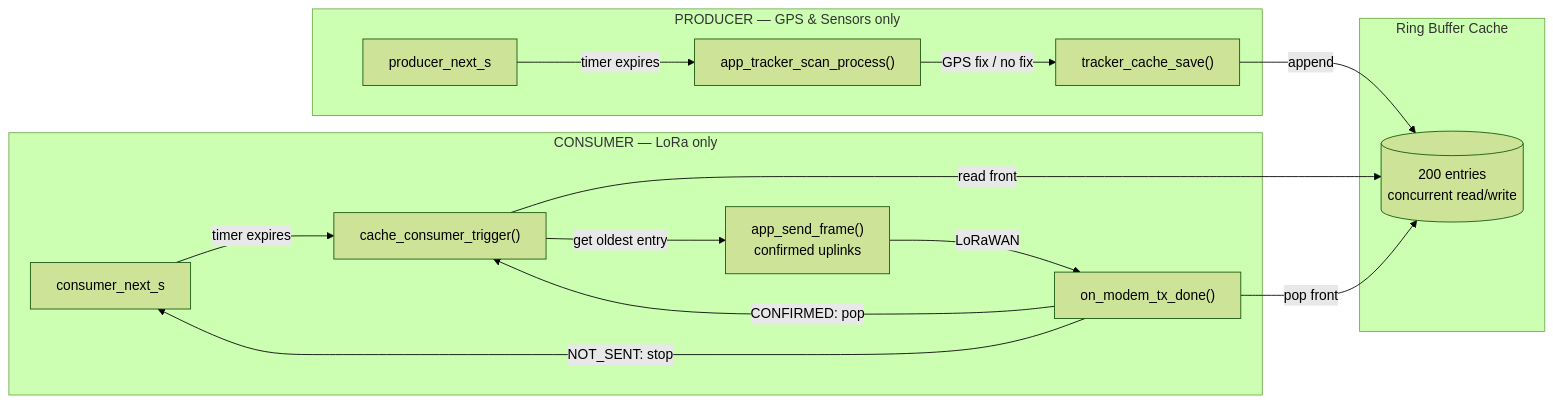
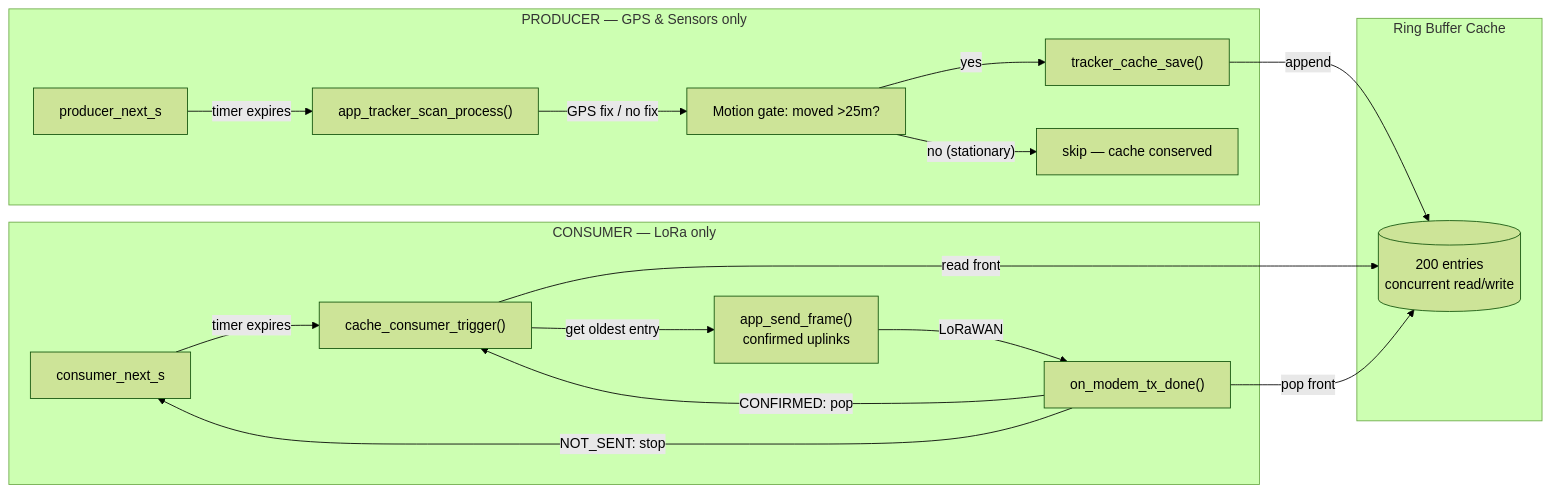
The diagram in README.md (ViVSoftComputers/t1000e-firmware), drawn with Mermaid (forest theme) before and after one commit. The commit also changed other lines of this file, not shown here.

Commit message:
v25: README with pure motion gate, downlink config, updated architecture

````diff
--- a/README.md
+++ b/README.md
@@ -97,30 +101,33 @@
 ```mermaid
 flowchart LR
     subgraph PRODUCER["PRODUCER — GPS & Sensors only"]
         P_TIMER["producer_next_s"]
         SCAN["app_tracker_scan_process()"]
         SAVE["tracker_cache_save()"]
+        GATE["Motion gate: moved >25m?"]
         P_TIMER -->|"timer expires"| SCAN
-        SCAN -->|"GPS fix / no fix"| SAVE
+        SCAN -->|"GPS fix / no fix"| GATE
+        GATE -->|"yes"| SAVE
+        GATE -->|"no (stationary)"| SKIP["skip — cache conserved"]
     end
 
     subgraph CACHE["Ring Buffer Cache"]
         RB[("200 entries<br/>concurrent read/write")]
     end
 
     subgraph CONSUMER["CONSUMER — LoRa only"]
         C_TIMER["consumer_next_s"]
         DRAIN["cache_consumer_trigger()"]
         TX["app_send_frame()<br/>confirmed uplinks"]
         TXDONE["on_modem_tx_done()"]
         C_TIMER -->|"timer expires"| DRAIN
         DRAIN -->|"get oldest entry"| TX
         TX -->|"LoRaWAN"| TXDONE
         TXDONE -->|"CONFIRMED: pop"| DRAIN
         TXDONE -->|"NOT_SENT: stop"| C_TIMER
     end
 
     SAVE -->|"append"| RB
     DRAIN -->|"read front"| RB
     TXDONE -->|"pop front"| RB
 ```
````
